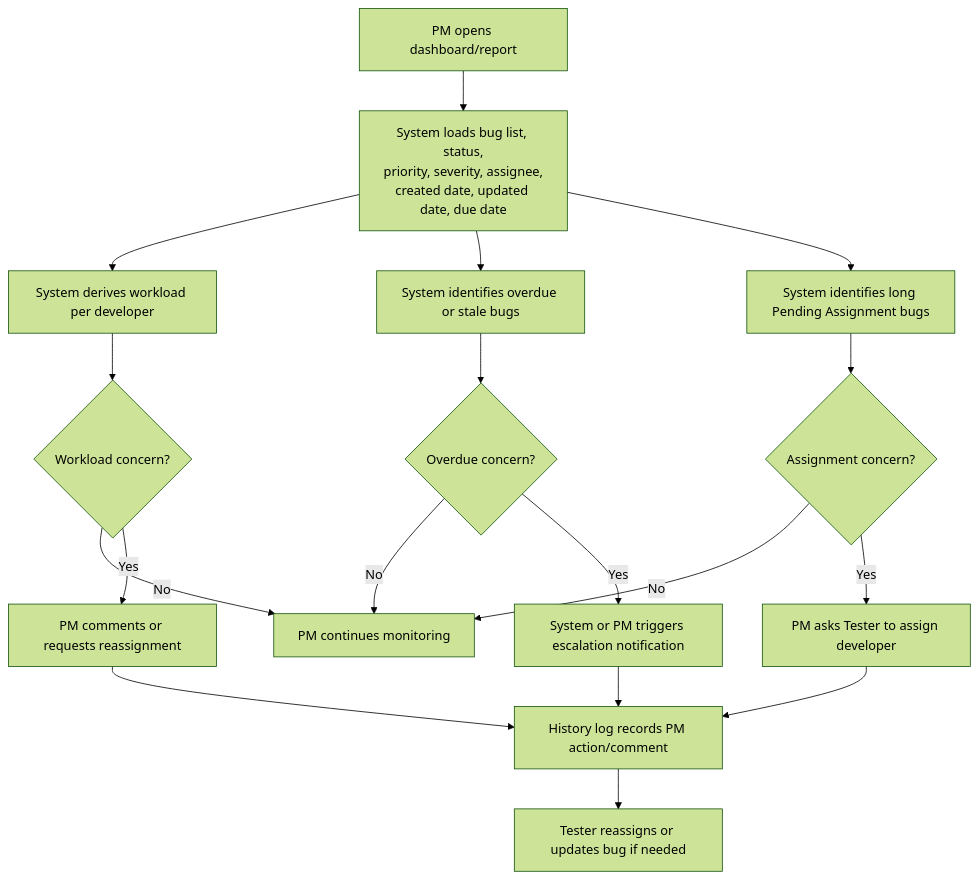
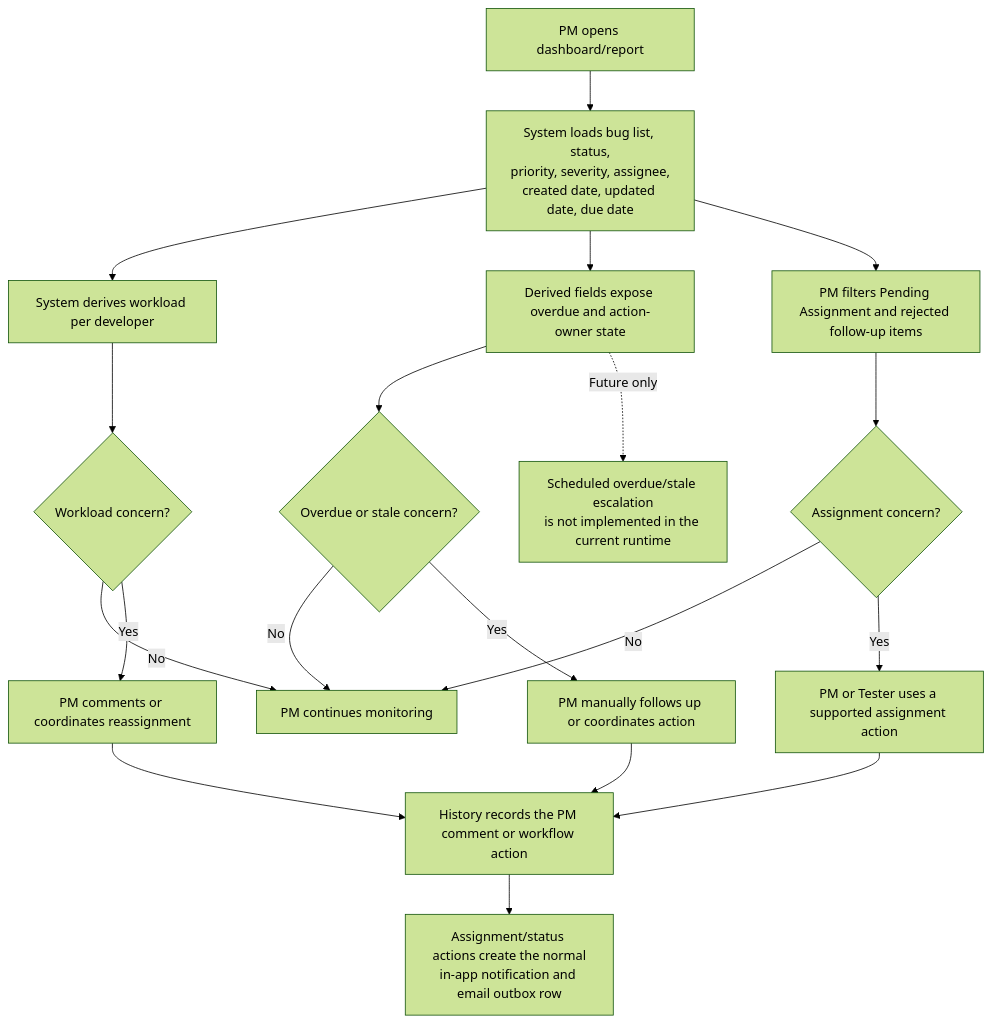
The third of 3 diagrams in docs/diagrams/06-notification-audit-monitoring.md (DarwinDO/IDTS-SAP01), drawn with Mermaid (forest theme) before and after one commit. The commit also changed other lines of this file and 124 other files, not shown here.

````diff
--- a/docs/diagrams/06-notification-audit-monitoring.md
+++ b/docs/diagrams/06-notification-audit-monitoring.md
@@ -77,24 +97,25 @@
 ```mermaid
 flowchart TD
     A["PM opens dashboard/report"] --> B["System loads bug list, status,\npriority, severity, assignee,\ncreated date, updated date, due date"]
     B --> C["System derives workload per developer"]
-    B --> D["System identifies overdue or stale bugs"]
-    B --> E["System identifies long Pending Assignment bugs"]
+    B --> D["Derived fields expose overdue and action-owner state"]
+    B --> E["PM filters Pending Assignment and rejected follow-up items"]
 
     C --> F{"Workload concern?"}
-    D --> G{"Overdue concern?"}
+    D --> G{"Overdue or stale concern?"}
     E --> H{"Assignment concern?"}
 
     F -->|"No"| I["PM continues monitoring"]
     G -->|"No"| I
     H -->|"No"| I
 
-    F -->|"Yes"| J["PM comments or requests reassignment"]
-    G -->|"Yes"| K["System or PM triggers escalation notification"]
-    H -->|"Yes"| L["PM asks Tester to assign developer"]
+    F -->|"Yes"| J["PM comments or coordinates reassignment"]
+    G -->|"Yes"| K["PM manually follows up or coordinates action"]
+    H -->|"Yes"| L["PM or Tester uses a supported assignment action"]
 
-    J --> M["History log records PM action/comment"]
+    J --> M["History records the PM comment or workflow action"]
     K --> M
     L --> M
-    M --> N["Tester reassigns or updates bug if needed"]
+    M --> N["Assignment/status actions create the normal\nin-app notification and email outbox row"]
+    D -. "Future only" .-> O["Scheduled overdue/stale escalation\nis not implemented in the current runtime"]
 ```
````
